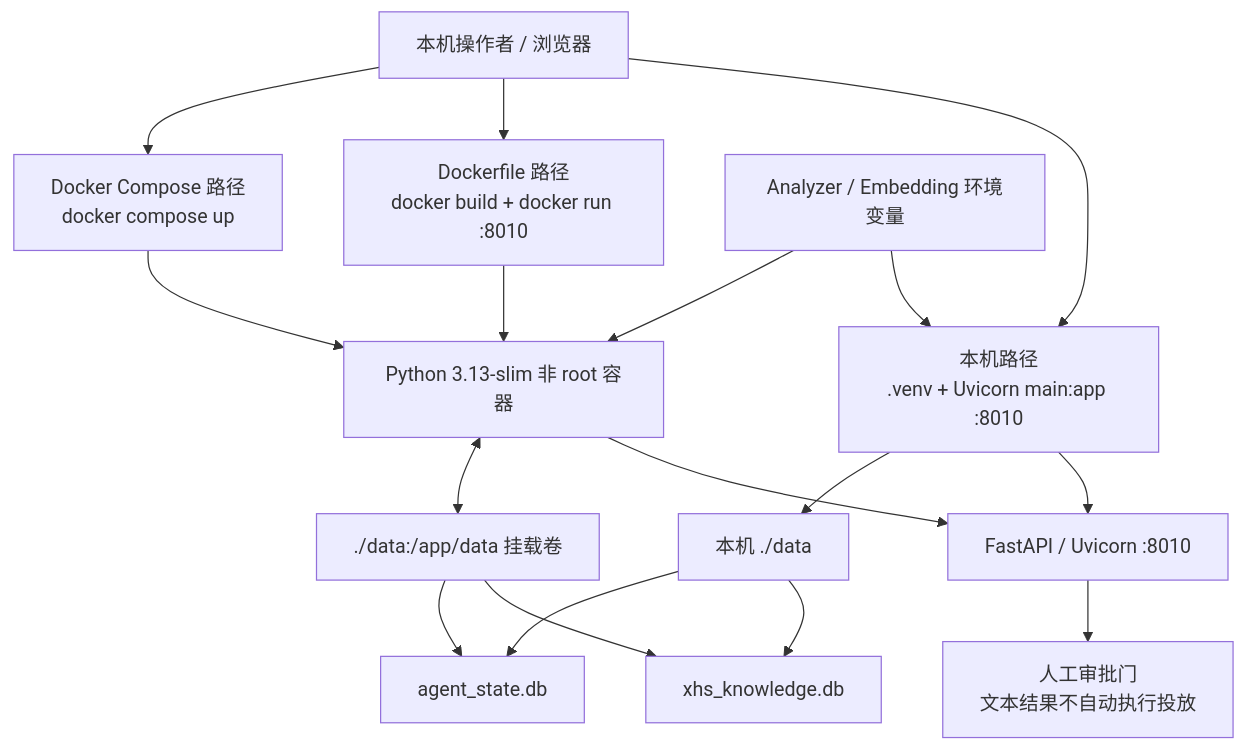
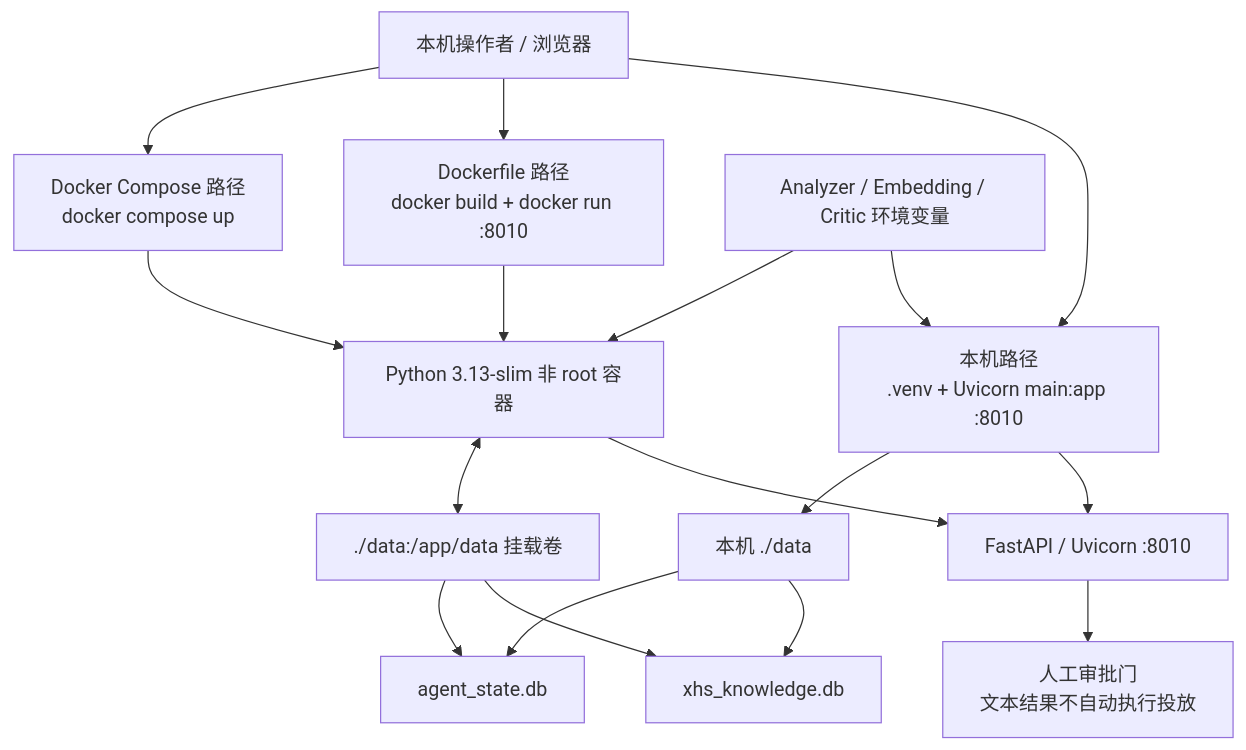
The fourth of 4 diagrams in docs/TECHNICAL_ARCHITECTURE.md (angaoanzj/redbook-ads-strategy-agent), drawn with Mermaid before and after one commit. The commit also changed other lines of this file and 64 other files, not shown here.

````diff
--- a/docs/TECHNICAL_ARCHITECTURE.md
+++ b/docs/TECHNICAL_ARCHITECTURE.md
@@ -587,18 +239,18 @@
 ```mermaid
 flowchart TB
     USER["本机操作者 / 浏览器"] --> LOCAL["本机路径<br/>.venv + Uvicorn main:app :8010"]
     USER --> IMAGE["Dockerfile 路径<br/>docker build + docker run :8010"]
     USER --> COMPOSE["Docker Compose 路径<br/>docker compose up"]
     LOCAL --> API["FastAPI / Uvicorn :8010"]
     IMAGE --> CONTAINER["Python 3.13-slim 非 root 容器"] --> API
     COMPOSE --> CONTAINER
     LOCAL --> LOCAL_DATA["本机 ./data"]
     CONTAINER <--> VOLUME["./data:/app/data 挂载卷"]
     LOCAL_DATA --> KNOW["xhs_knowledge.db"]
     LOCAL_DATA --> ST["agent_state.db"]
     VOLUME --> KNOW
     VOLUME --> ST
-    ENV["Analyzer / Embedding 环境变量"] --> LOCAL
+    ENV["Analyzer / Embedding / Critic 环境变量"] --> LOCAL
     ENV --> CONTAINER
     API --> APPROVAL["人工审批门<br/>文本结果不自动执行投放"]
 ```
````
